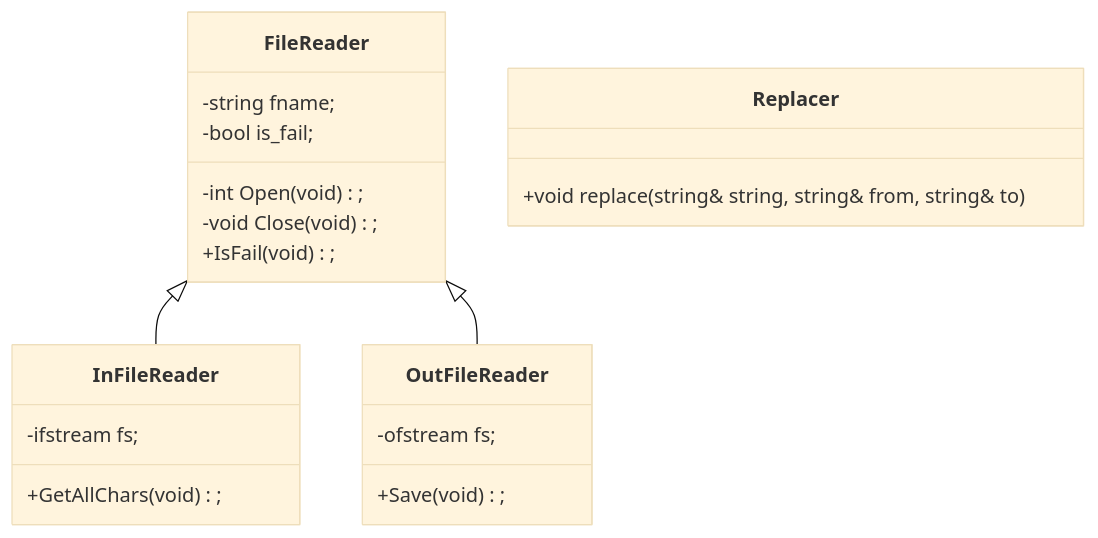
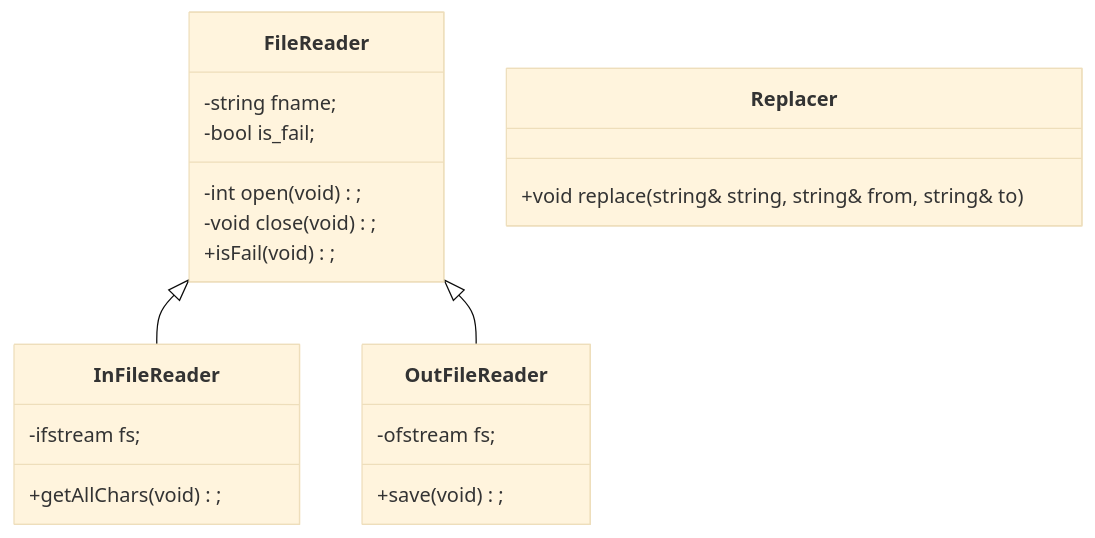
Before and after one commit to rikeda-cloud/cpp: the diagram in cpp01/ex04/asset/class_diagram.md, drawn with Mermaid (base theme). The commit also changed 19 other files, not shown here.

````diff
--- a/cpp01/ex04/asset/class_diagram.md
+++ b/cpp01/ex04/asset/class_diagram.md
@@ -1,31 +1,31 @@
 ```mermaid
 classDiagram
 
 FILEREADER <|-- INFILEREADER
 FILEREADER <|-- OUTFILEREADER
 
 class REPLACER["Replacer"] {
     +void           replace(string& string, string& from, string& to)
 }
 
 class FILEREADER["FileReader"] {
     -string fname;
     -bool   is_fail;
 
-    -int    Open(void);
-    -void   Close(void);
+    -int    open(void);
+    -void   close(void);
 
-    +IsFail(void);
+    +isFail(void);
 }
 
 class INFILEREADER["InFileReader"] {
     -ifstream   fs;
-    +GetAllChars(void);
+    +getAllChars(void);
 }
 
 class OUTFILEREADER["OutFileReader"] {
     -ofstream   fs;
-    +Save(void);
+    +save(void);
 }
 
 ```
````
